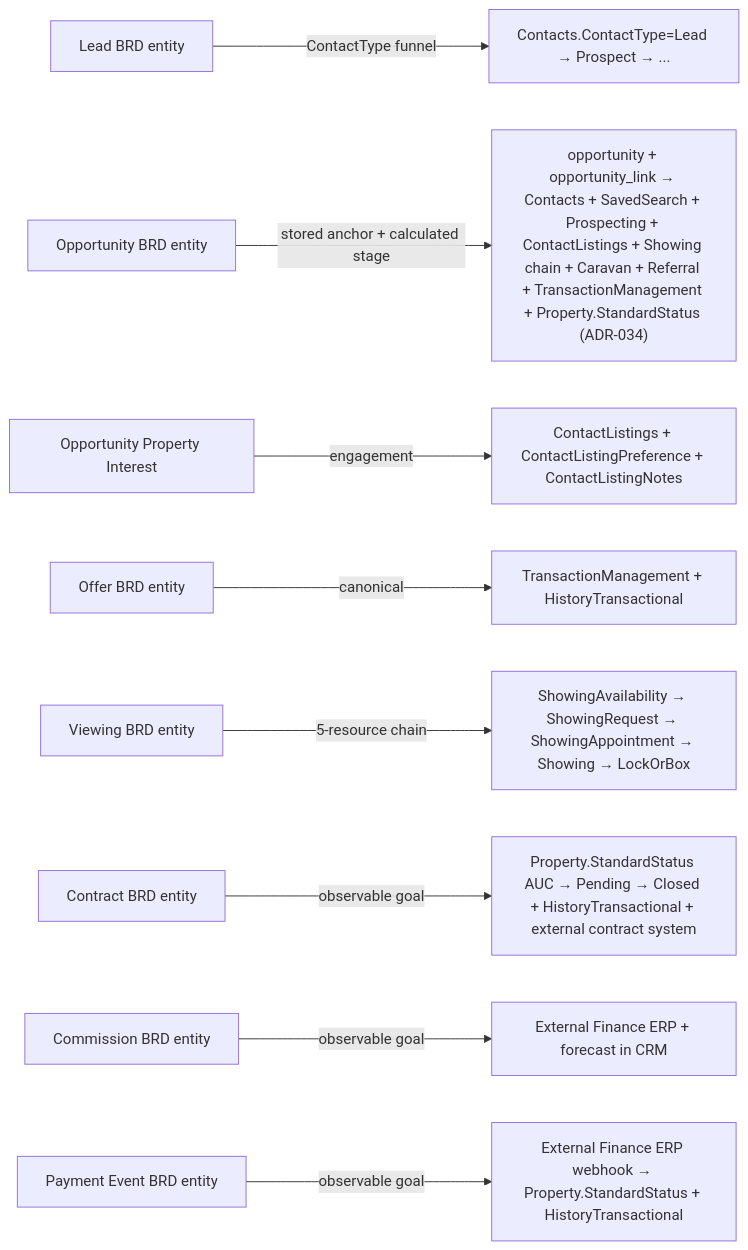
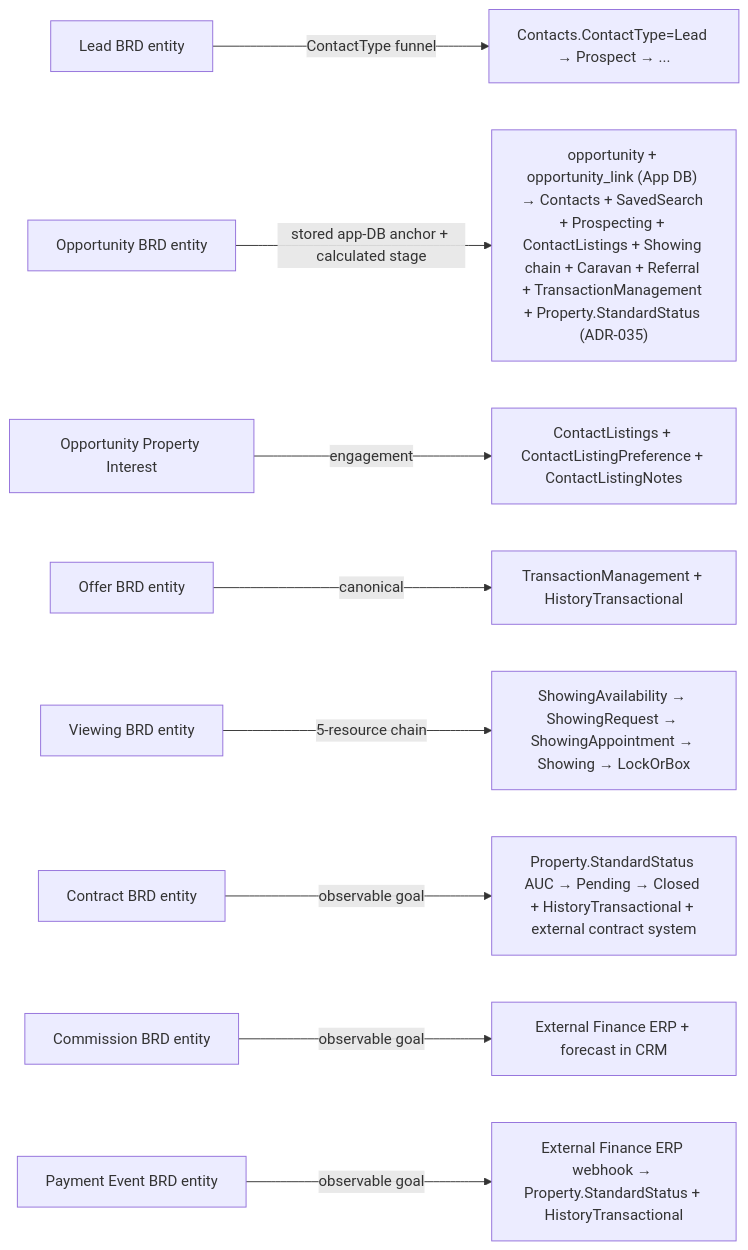
The second of 2 diagrams in docs/product-specs/matrix-pipeline/wiki/architecture.md (gca-global/matrix-platform-kb), drawn with Mermaid before and after one commit. The commit also changed other lines of this file and 8 other files, not shown here.

First line of the commit message:
Supersede ADR-034 and relocate Opportunity docs to App DB ownership.

````diff
--- a/docs/product-specs/matrix-pipeline/wiki/architecture.md
+++ b/docs/product-specs/matrix-pipeline/wiki/architecture.md
@@ -339,11 +339,11 @@
 ```mermaid
 flowchart LR
   L[Lead BRD entity] -- ContactType funnel --> CT["Contacts.ContactType=Lead → Prospect → ..."]
-  O[Opportunity BRD entity] -- stored anchor + calculated stage --> P["opportunity + opportunity_link → Contacts + SavedSearch + Prospecting + ContactListings + Showing chain + Caravan + Referral + TransactionManagement + Property.StandardStatus (ADR-034)"]
+  O[Opportunity BRD entity] -- stored app-DB anchor + calculated stage --> P["opportunity + opportunity_link (App DB) → Contacts + SavedSearch + Prospecting + ContactListings + Showing chain + Caravan + Referral + TransactionManagement + Property.StandardStatus (ADR-035)"]
   OPI[Opportunity Property Interest] -- engagement --> CL["ContactListings + ContactListingPreference + ContactListingNotes"]
   OFF[Offer BRD entity] -- canonical --> TM["TransactionManagement + HistoryTransactional"]
   V[Viewing BRD entity] -- 5-resource chain --> SHC["ShowingAvailability → ShowingRequest → ShowingAppointment → Showing → LockOrBox"]
   CTR[Contract BRD entity] -- observable goal --> PS["Property.StandardStatus AUC → Pending → Closed + HistoryTransactional + external contract system"]
   COM[Commission BRD entity] -- observable goal --> ERP1["External Finance ERP + forecast in CRM"]
   PAY[Payment Event BRD entity] -- observable goal --> ERP2["External Finance ERP webhook → Property.StandardStatus + HistoryTransactional"]
 ```
````
